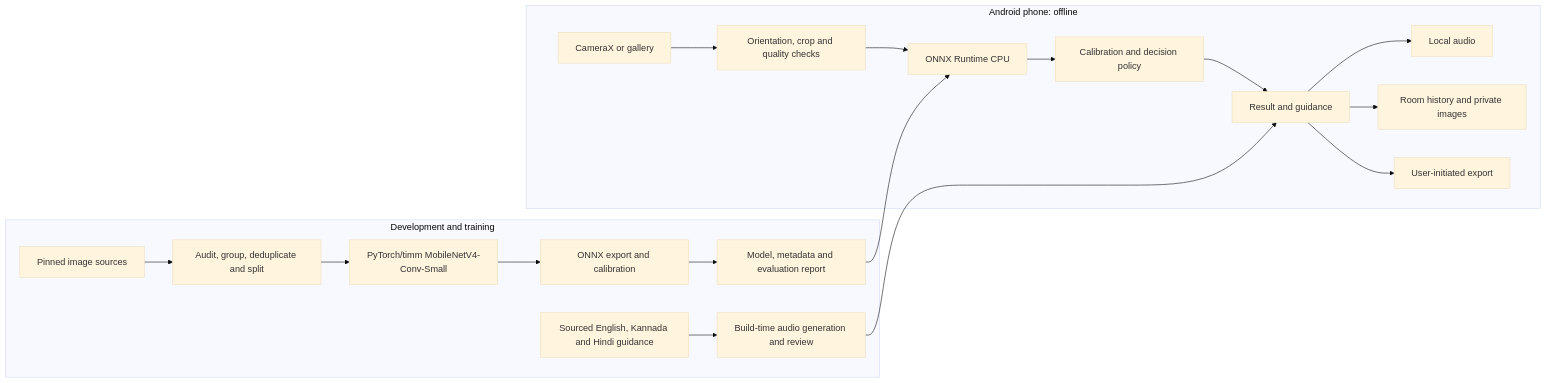
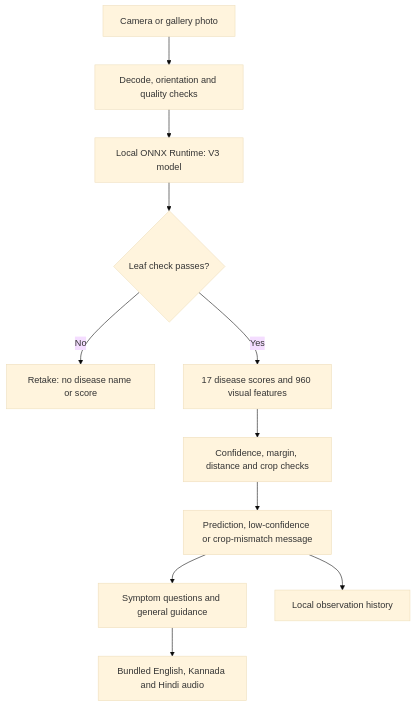
The diagram in docs/ARCHITECTURE.md (salecha-codes/Build_Beyond), drawn with Mermaid (base theme) before and after one commit. The commit also changed other lines of this file and 21 other files, not shown here.

````diff
--- a/docs/ARCHITECTURE.md
+++ b/docs/ARCHITECTURE.md
@@ -29,21 +7,13 @@
 ```mermaid
-flowchart LR
-  subgraph Development[Development and training]
-    A[Pinned image sources] --> B[Audit, group, deduplicate and split]
-    B --> C[PyTorch/timm MobileNetV4-Conv-Small]
-    C --> D[ONNX export and calibration]
-    D --> E[Model, metadata and evaluation report]
-    F[Sourced English, Kannada and Hindi guidance] --> G[Build-time audio generation and review]
-  end
-  subgraph Phone[Android phone: offline]
-    H[CameraX or gallery] --> I[Orientation, crop and quality checks]
-    I --> J[ONNX Runtime CPU]
-    J --> K[Calibration and decision policy]
-    K --> L[Result and guidance]
-    G --> L
-    E --> J
-    L --> M[Local audio]
-    L --> N[Room history and private images]
-    L --> O[User-initiated export]
-  end
+flowchart TD
+    Photo[Camera or gallery photo] --> Quality[Decode, orientation and quality checks]
+    Quality --> Model[Local ONNX Runtime: V3 model]
+    Model --> Leaf{Leaf check passes?}
+    Leaf -->|No| Retake[Retake: no disease name or score]
+    Leaf -->|Yes| Disease[17 disease scores and 960 visual features]
+    Disease --> Policy[Confidence, margin, distance and crop checks]
+    Policy --> Result[Prediction, low-confidence or crop-mismatch message]
+    Result --> Guidance[Symptom questions and general guidance]
+    Guidance --> Voice[Bundled English, Kannada and Hindi audio]
+    Result --> History[Local observation history]
 ```
````
